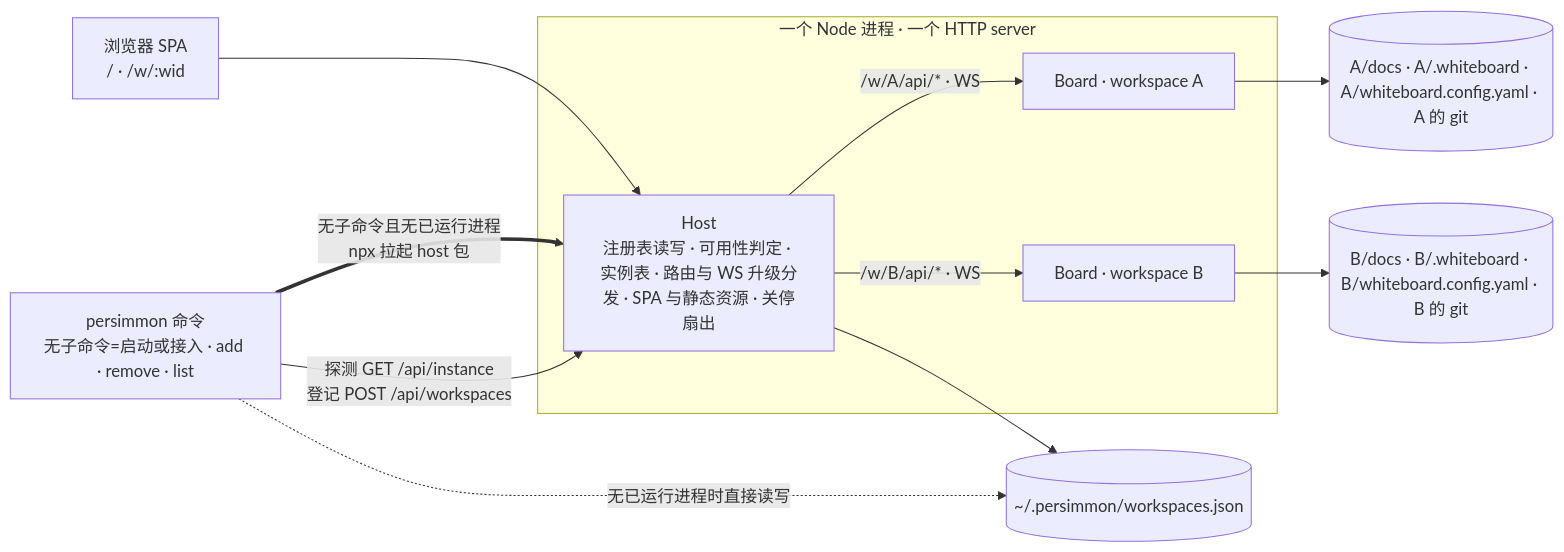
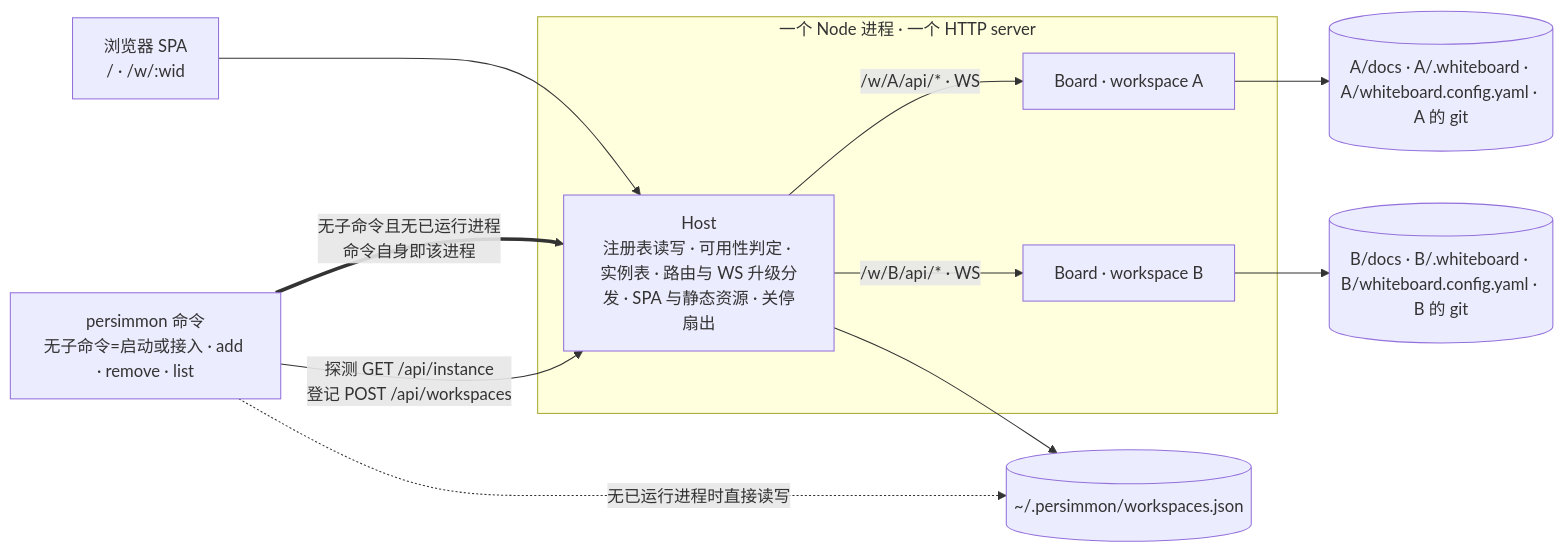
One commit to ryan-alexander-zhang/persimmon changed the first of 6 diagrams in docs/design/design-00003-multi-workspace.md. Above: the diagram before and after it, drawn with Mermaid. The commit also changed other lines of this file and 16 other files, not shown here.

````diff
--- a/docs/design/design-00003-multi-workspace.md
+++ b/docs/design/design-00003-multi-workspace.md
@@ -18,17 +18,17 @@
 ```mermaid
 flowchart LR
   CMD[persimmon 命令<br/>无子命令=启动或接入 · add · remove · list] -->|探测 GET /api/instance<br/>登记 POST /api/workspaces| HOST
   CMD -.->|无已运行进程时直接读写| REG
-  CMD ==>|无子命令且无已运行进程<br/>npx 拉起 host 包| HOST
+  CMD ==>|无子命令且无已运行进程<br/>命令自身即该进程| HOST
   subgraph Process[一个 Node 进程 · 一个 HTTP server]
     HOST[Host<br/>注册表读写 · 可用性判定 · 实例表 · 路由与 WS 升级分发 · SPA 与静态资源 · 关停扇出]
     B1[Board · workspace A]
     B2[Board · workspace B]
     HOST -->|/w/A/api/* · WS| B1
     HOST -->|/w/B/api/* · WS| B2
   end
   HOST --> REG[(~/.persimmon/workspaces.json)]
   B1 --> FA[(A/docs · A/.whiteboard · A/whiteboard.config.yaml · A 的 git)]
   B2 --> FB[(B/docs · B/.whiteboard · B/whiteboard.config.yaml · B 的 git)]
   UI[浏览器 SPA<br/>/ · /w/:wid] --> HOST
 ```
````
